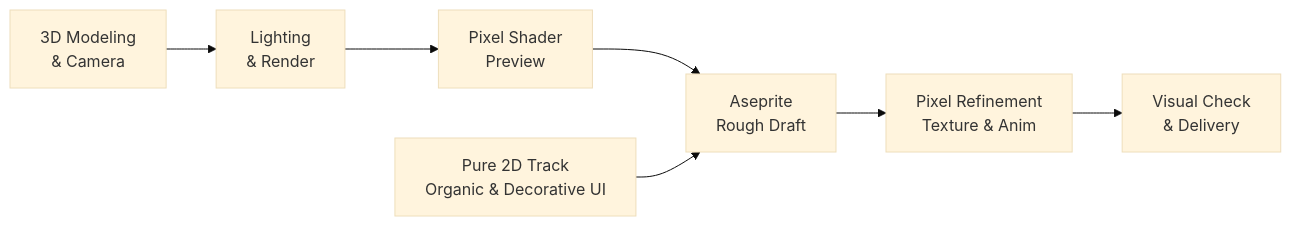
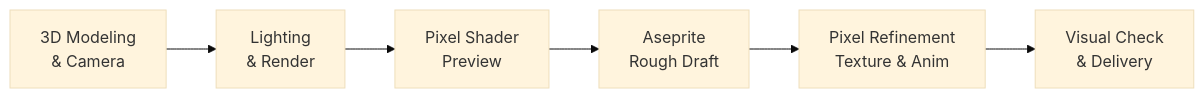
Before and after one commit to A-Lucious/my-skills: the diagram in game/pixel-art/README.md, drawn with Mermaid (base theme). The commit also changed other lines of this file and 7 other files, not shown here.

Commit message:
refactor(pixel-art): remove pure 2D track baseline and unify pipeline

````diff
--- a/game/pixel-art/README.md
+++ b/game/pixel-art/README.md
@@ -15,9 +15,8 @@
 ```mermaid
 flowchart LR
     A["3D Modeling<br/>& Camera"] --> B["Lighting<br/>& Render"]
     B --> C["Pixel Shader<br/>Preview"]
     C --> D["Aseprite<br/>Rough Draft"]
     D --> E["Pixel Refinement<br/>Texture & Anim"]
     E --> F["Visual Check<br/>& Delivery"]
-    G["Pure 2D Track<br/>Organic & Decorative UI"] --> D
 ```
````
